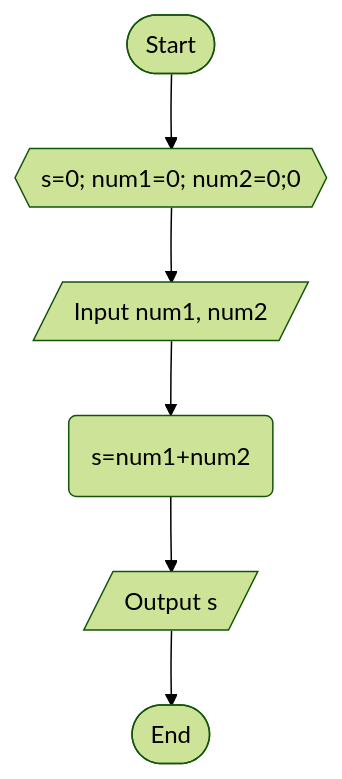
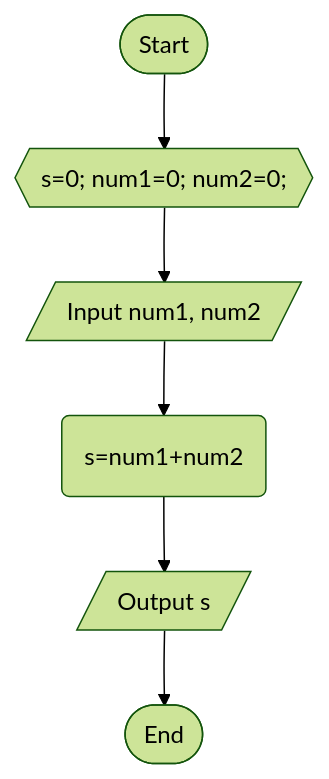
One commit to giyugg/cc103-1st_semester changed the diagram in CC 103 - Lesson 3 Problems/flowchart_prob1.mmd. Above: the diagram before and after it, drawn with Mermaid (forest theme).

Commit message:
Fixed some typo

```diff
--- a/CC 103 - Lesson 3 Problems/flowchart_prob1.mmd
+++ b/CC 103 - Lesson 3 Problems/flowchart_prob1.mmd
@@ -1,14 +1,14 @@
 flowchart TD
         A(["Start"])
-        B{{"s=0; num1=0; num2=0;0"}}
+        B{{"s=0; num1=0; num2=0;"}}
         C[/"Input num1, num2"/]
         D(s=num1+num2)
         E[/"Output s"/]
         F(["End"])
     
     %% Edge connections between nodes
         A --> B
         B --> C
         C --> D
         D --> E
         E --> F
```
